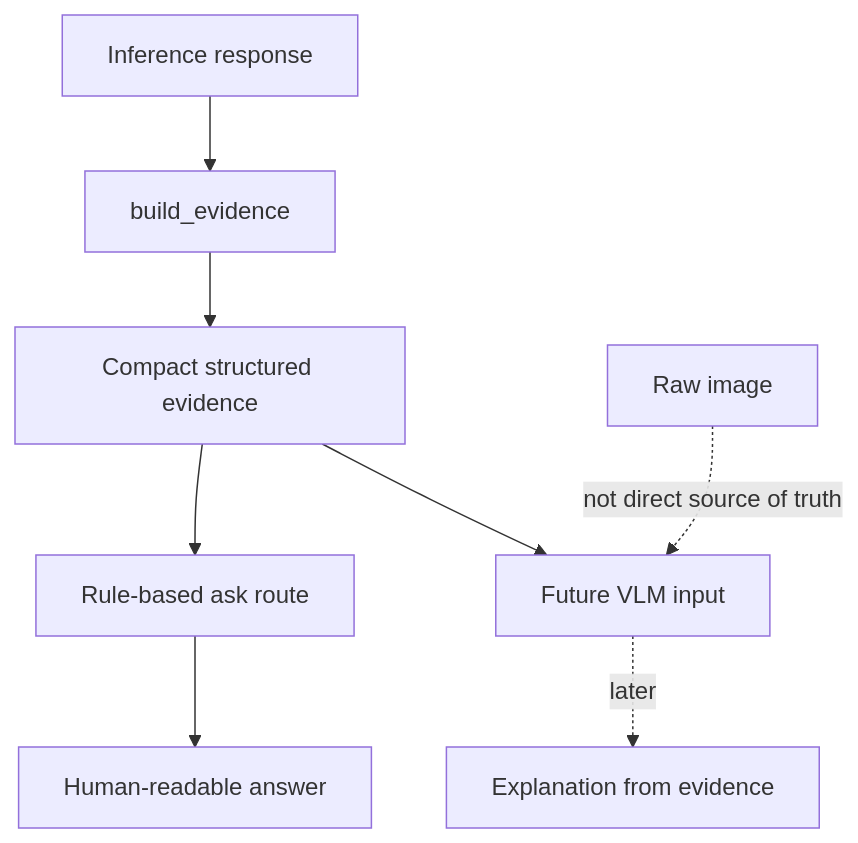
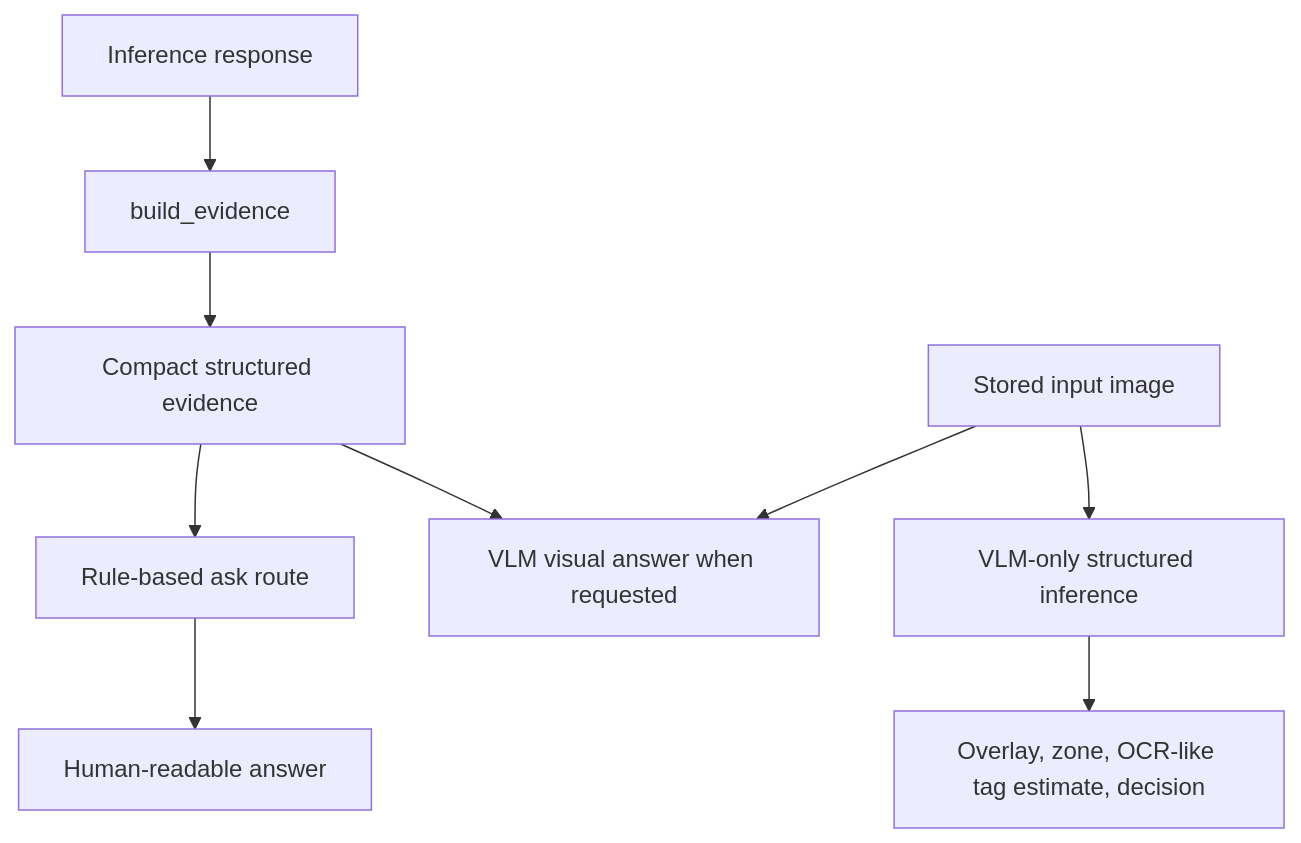
The sixth of 6 diagrams in README.md (AlehsanAliyev/ValveLens), drawn with Mermaid before and after one commit. The commit also changed other lines of this file and 8 other files, not shown here.

Commit message:
Improve VLM demo inference and overlay evidence UI

````diff
--- a/README.md
+++ b/README.md
@@ -454,11 +474,12 @@
 ```mermaid
 flowchart TD
     A[Inference response] --> B[build_evidence]
     B --> C[Compact structured evidence]
     C --> D[Rule-based ask route]
     D --> E[Human-readable answer]
 
-    C --> F[Future VLM input]
-    F -. later .-> G[Explanation from evidence]
-    H[Raw image] -. not direct source of truth .-> F
+    C --> F[VLM visual answer when requested]
+    H[Stored input image] --> F
+    H --> G[VLM-only structured inference]
+    G --> I[Overlay, zone, OCR-like tag estimate, decision]
 ```
````
